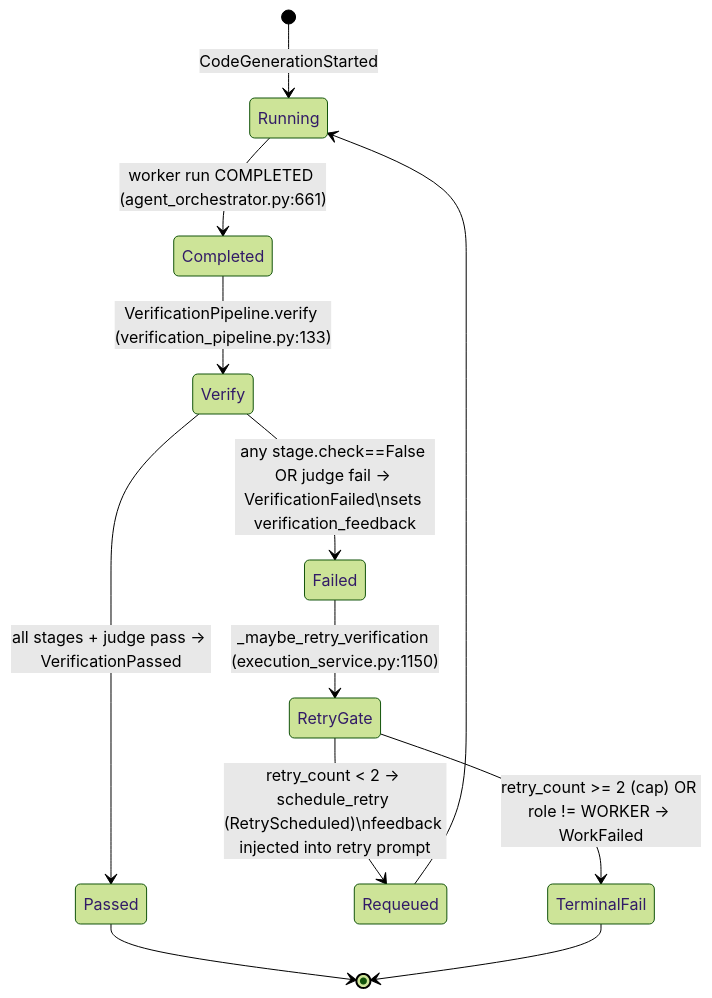
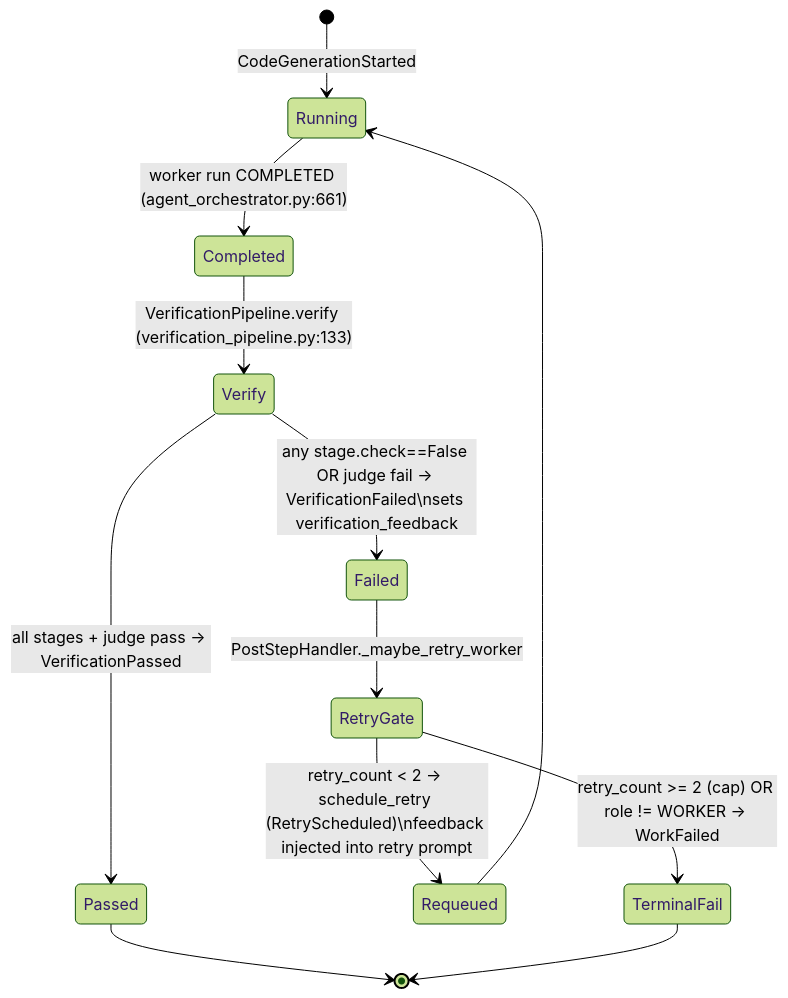
One commit to arise-ai-security/arise-sec-lion changed the second of 4 diagrams in SYSTEM_REFERENCE.md. Above: the diagram before and after it, drawn with Mermaid (forest theme). The commit also changed other lines of this file and 174 other files, not shown here.

````diff
--- a/SYSTEM_REFERENCE.md
+++ b/SYSTEM_REFERENCE.md
@@ -428,14 +427,14 @@
 ```mermaid
 stateDiagram-v2
     [*] --> Running : CodeGenerationStarted
     Running --> Completed : worker run COMPLETED (agent_orchestrator.py:661)
     Completed --> Verify : VerificationPipeline.verify (verification_pipeline.py:133)
     Verify --> Passed : all stages + judge pass → VerificationPassed
     Verify --> Failed : any stage.check==False OR judge fail → VerificationFailed\nsets verification_feedback
-    Failed --> RetryGate : _maybe_retry_verification (execution_service.py:1150)
+    Failed --> RetryGate : PostStepHandler._maybe_retry_worker
     RetryGate --> Requeued : retry_count < 2 → schedule_retry (RetryScheduled)\nfeedback injected into retry prompt
     RetryGate --> TerminalFail : retry_count >= 2 (cap) OR role != WORKER → WorkFailed
     Requeued --> Running
     Passed --> [*]
     TerminalFail --> [*]
 ```
````
